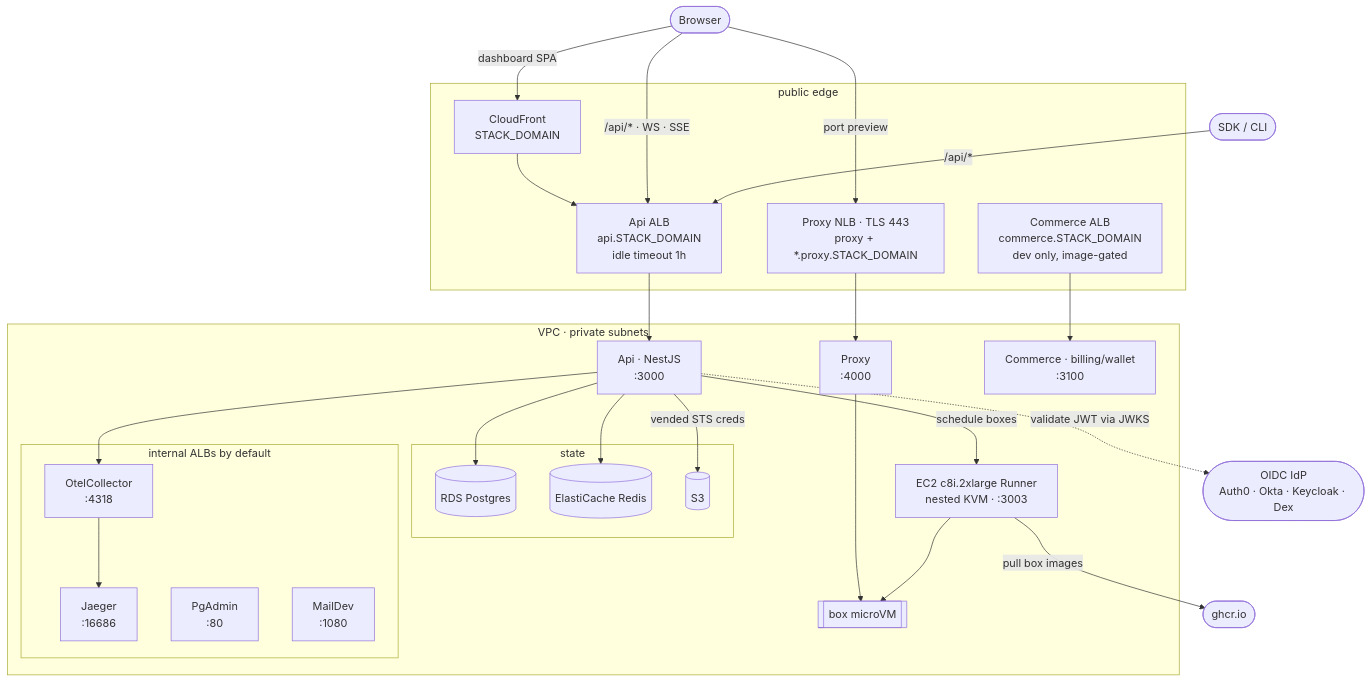
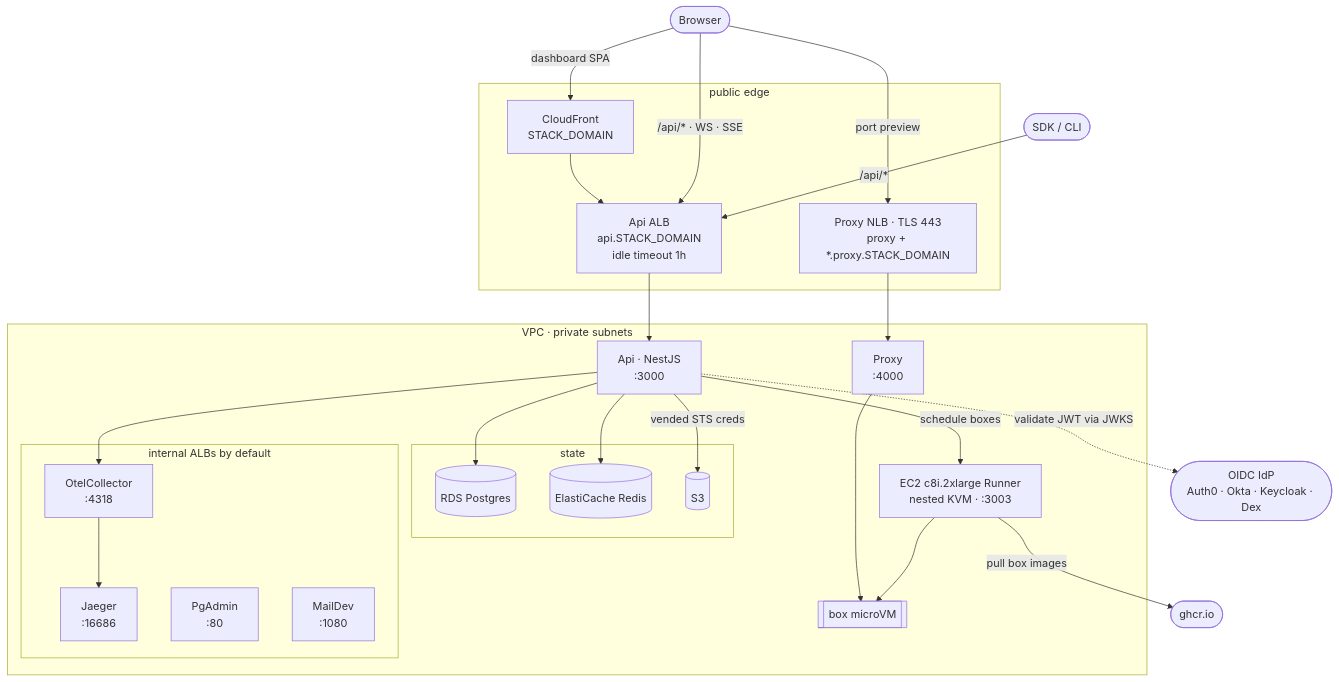
The diagram in apps/infra/README.md (CrazyForks/boxlite), drawn with Mermaid before and after one commit. The commit also changed other lines of this file and 8 other files, not shown here.

````diff
--- a/apps/infra/README.md
+++ b/apps/infra/README.md
@@ -15,56 +15,53 @@
 ```mermaid
 flowchart TB
     browser(["Browser"])
     sdk(["SDK / CLI"])
     idp(["OIDC IdP<br/>Auth0 · Okta · Keycloak · Dex"])
     ghcr(["ghcr.io"])
 
     subgraph edge["public edge"]
         cf["CloudFront<br/>STACK_DOMAIN"]
         alb["Api ALB<br/>api.STACK_DOMAIN<br/>idle timeout 1h"]
         nlb["Proxy NLB · TLS 443<br/>proxy + *.proxy.STACK_DOMAIN"]
-        calb["Commerce ALB<br/>commerce.STACK_DOMAIN<br/>dev only, image-gated"]
     end
 
     subgraph vpc["VPC · private subnets"]
         api["Api · NestJS<br/>:3000"]
         proxy["Proxy<br/>:4000"]
-        commerce["Commerce · billing/wallet<br/>:3100"]
         runner["EC2 c8i.2xlarge Runner<br/>nested KVM · :3003"]
         box[["box microVM"]]
 
         subgraph store["state"]
             pg[("RDS Postgres")]
             redis[("ElastiCache Redis")]
             s3[("S3")]
         end
 
         subgraph obs["internal ALBs by default"]
             otel["OtelCollector<br/>:4318"]
             jaeger["Jaeger<br/>:16686"]
             pgadmin["PgAdmin<br/>:80"]
             maildev["MailDev<br/>:1080"]
         end
     end
 
     browser -->|"dashboard SPA"| cf
     cf --> alb
     browser -->|"/api/* · WS · SSE"| alb
     sdk -->|"/api/*"| alb
     browser -->|"port preview"| nlb
 
     alb --> api
     nlb --> proxy
-    calb --> commerce
     proxy --> box
     runner --> box
 
     api --> pg
     api --> redis
     api -->|"vended STS creds"| s3
     api -->|"schedule boxes"| runner
     api -.->|"validate JWT via JWKS"| idp
     api --> otel
     otel --> jaeger
     runner -->|"pull box images"| ghcr
 ```
````
